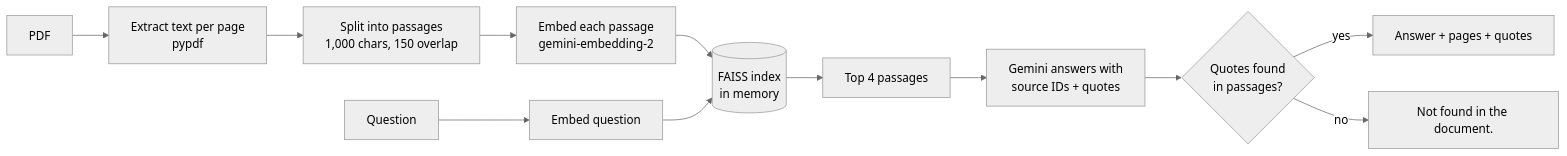
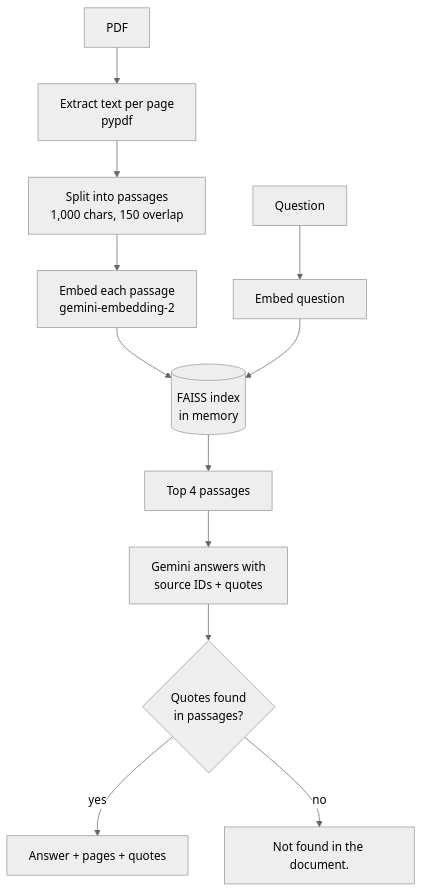
The diagram in README.md (itsutsaw/pdf-qa-assistant), drawn with Mermaid (neutral theme) before and after one commit.

Commit message:
Show README flowchart top to bottom for readability

````diff
--- a/README.md
+++ b/README.md
@@ -55,14 +55,14 @@
 ```mermaid
-flowchart LR
+flowchart TD
     A[PDF] --> B[Extract text per page<br/>pypdf]
     B --> C[Split into passages<br/>1,000 chars, 150 overlap]
     C --> D[Embed each passage<br/>gemini-embedding-2]
     D --> E[(FAISS index<br/>in memory)]
     Q[Question] --> F[Embed question]
     F --> E
     E --> G[Top 4 passages]
     G --> H[Gemini answers with<br/>source IDs + quotes]
     H --> I{Quotes found<br/>in passages?}
     I -- yes --> J[Answer + pages + quotes]
     I -- no --> K[Not found in the document.]
 ```
````
